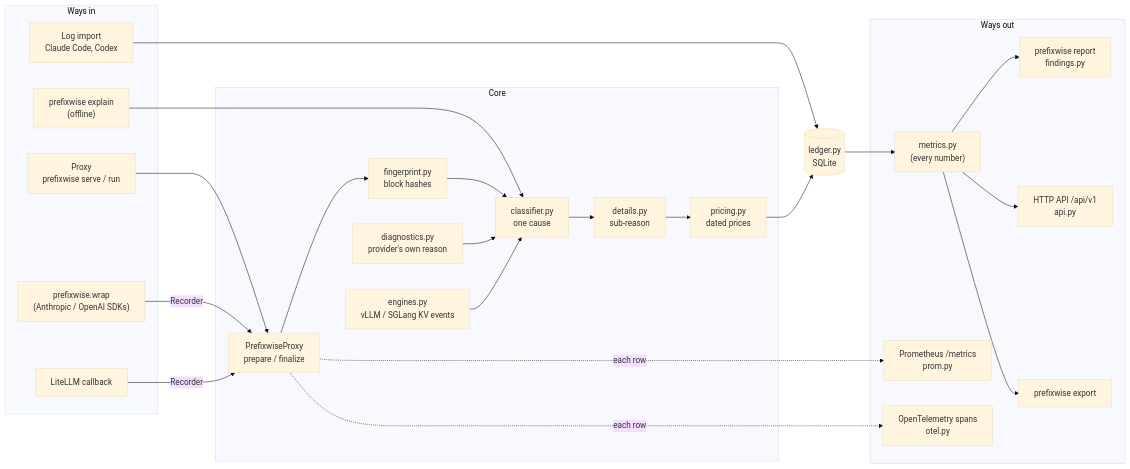
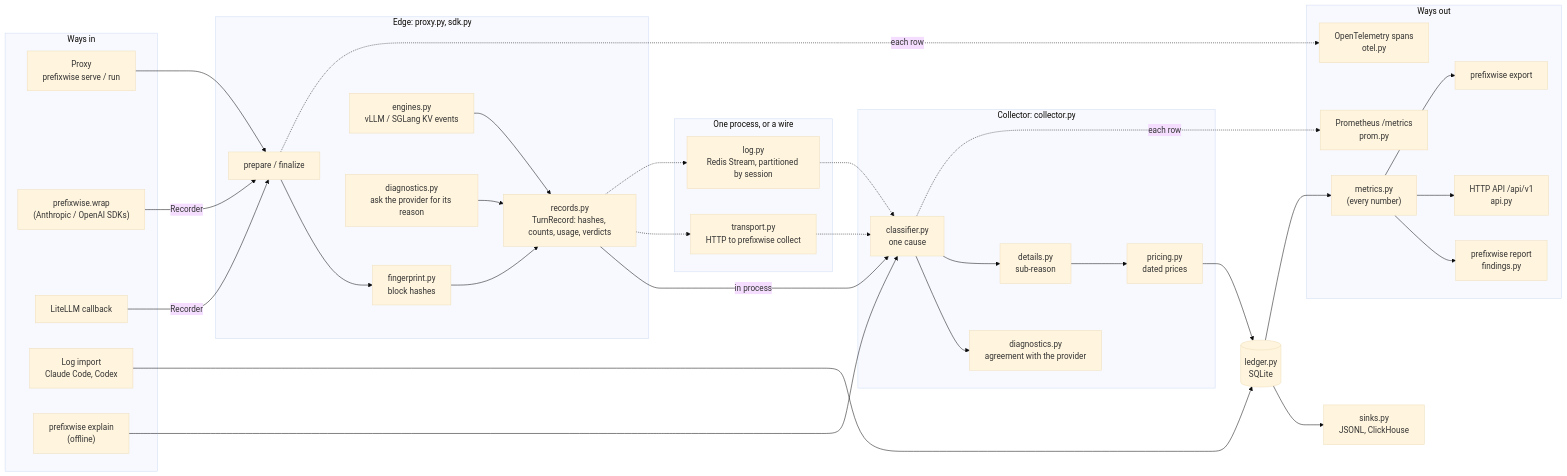
Before and after one commit to tejachavali/prefixwise: the first of 2 diagrams in docs/ARCHITECTURE.md, drawn with Mermaid (base theme). The commit also changed other lines of this file and 6 other files, not shown here.

First line of the commit message:
Architecture figure and doc: the edge, the turn record, the collector, the wires, the sinks (#60)

````diff
--- a/docs/ARCHITECTURE.md
+++ b/docs/ARCHITECTURE.md
@@ -28,42 +31,56 @@
 ```mermaid
 flowchart LR
   subgraph IN[Ways in]
     P["Proxy<br/>prefixwise serve / run"]
     W["prefixwise.wrap<br/>(Anthropic / OpenAI SDKs)"]
     L["LiteLLM callback"]
     I["Log import<br/>Claude Code, Codex"]
     X["prefixwise explain<br/>(offline)"]
   end
-  subgraph core[Core]
-    PR["PrefixwiseProxy<br/>prepare / finalize"]
+  subgraph edge[Edge: proxy.py, sdk.py]
+    PR["prepare / finalize"]
     F["fingerprint.py<br/>block hashes"]
+    E["engines.py<br/>vLLM / SGLang KV events"]
+    N["diagnostics.py<br/>ask the provider for its reason"]
+    REC["records.py<br/>TurnRecord: hashes, counts, usage, verdicts"]
+  end
+  subgraph wire[One process, or a wire]
+    T["transport.py<br/>HTTP to prefixwise collect"]
+    LOG["log.py<br/>Redis Stream, partitioned by session"]
+  end
+  subgraph coll[Collector: collector.py]
     C["classifier.py<br/>one cause"]
     D["details.py<br/>sub-reason"]
-    N["diagnostics.py<br/>provider's own reason"]
-    E["engines.py<br/>vLLM / SGLang KV events"]
+    SC["diagnostics.py<br/>agreement with the provider"]
     PZ["pricing.py<br/>dated prices"]
   end
   LED[("ledger.py<br/>SQLite")]
+  SK["sinks.py<br/>JSONL, ClickHouse"]
   subgraph OUT[Ways out]
     R["prefixwise report<br/>findings.py"]
     A["HTTP API /api/v1<br/>api.py"]
     M["metrics.py<br/>(every number)"]
     PM["Prometheus /metrics<br/>prom.py"]
     OT["OpenTelemetry spans<br/>otel.py"]
     EX["prefixwise export"]
   end
   P --> PR
   W -->|Recorder| PR
   L -->|Recorder| PR
   I --> LED
   X --> C
-  PR --> F --> C
-  N --> C
-  E --> C
+  PR --> F --> REC
+  E --> REC
+  N --> REC
+  REC -->|in process| C
+  REC -.-> T -.-> C
+  REC -.-> LOG -.-> C
+  C --> SC
   C --> D --> PZ --> LED
-  PR -. each row .-> PM
+  LED --> SK
+  C -. each row .-> PM
   PR -. each row .-> OT
   LED --> M --> R
   M --> A
   M --> EX
 ```
````
